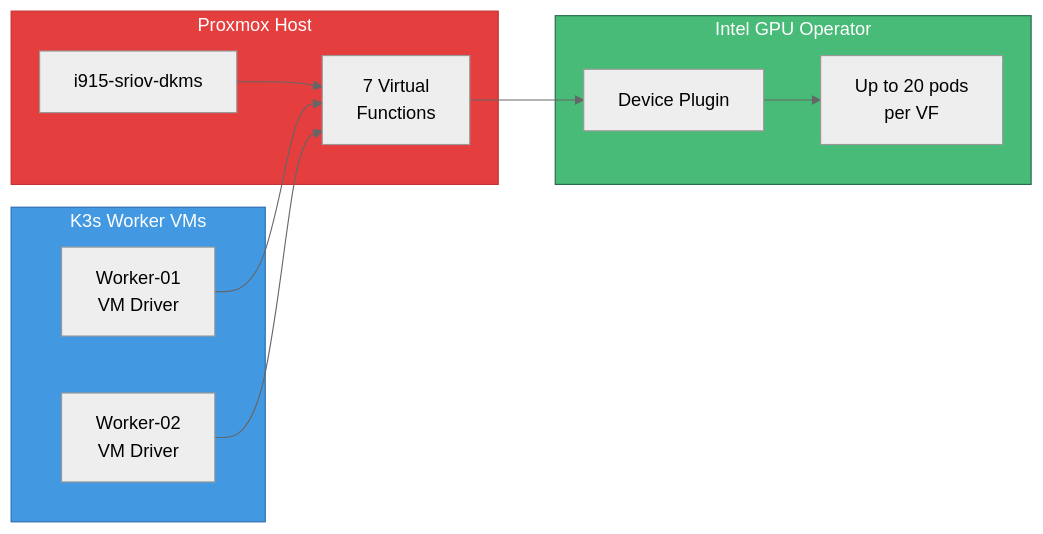
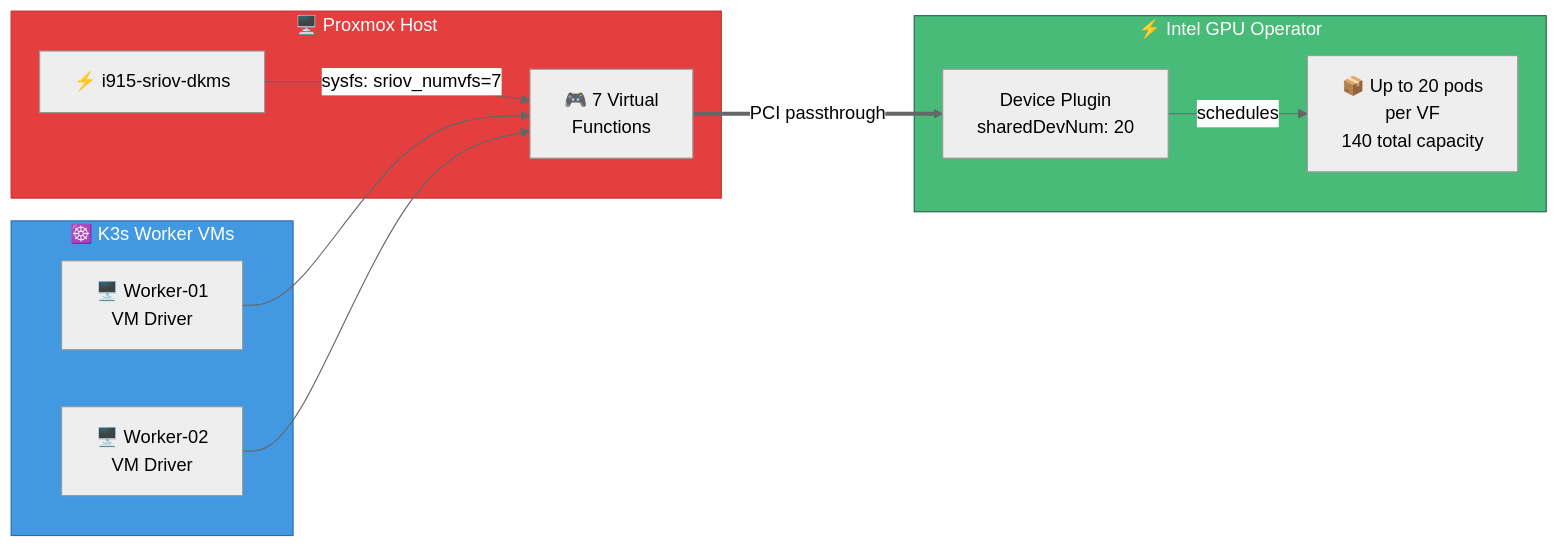
One commit to Starktastic-Homelab/ansible changed the seventh of 8 diagrams in README.md. Above: the diagram before and after it, drawn with Mermaid (neutral theme). The commit also changed other lines of this file, not shown here.

Commit message:
docs: upgrade Mermaid diagrams with emojis, new diagram types, and additional flows

````diff
--- a/README.md
+++ b/README.md
@@ -245,21 +338,21 @@
 ```mermaid
 flowchart LR
-    subgraph pve["Proxmox Host"]
-        Driver["i915-sriov-dkms"] --> VFs["7 Virtual\nFunctions"]
+    subgraph pve["🖥️ Proxmox Host"]
+        Driver["⚡ i915-sriov-dkms"] -- "sysfs: sriov_numvfs=7" --> VFs["🎮 7 Virtual\nFunctions"]
     end
 
-    subgraph vms["K3s Worker VMs"]
-        VM1["Worker-01\nVM Driver"] --> VFs
-        VM2["Worker-02\nVM Driver"] --> VFs
+    subgraph vms["☸️ K3s Worker VMs"]
+        VM1["🖥️ Worker-01\nVM Driver"] --> VFs
+        VM2["🖥️ Worker-02\nVM Driver"] --> VFs
     end
 
-    subgraph intel["Intel GPU Operator"]
-        Operator["Device Plugin"] --> Pods["Up to 20 pods\nper VF"]
+    subgraph intel["⚡ Intel GPU Operator"]
+        Operator["Device Plugin\nsharedDevNum: 20"] -- "schedules" --> Pods["📦 Up to 20 pods\nper VF\n140 total capacity"]
     end
 
-    VFs --> Operator
+    VFs == "PCI passthrough" ==> Operator
 
     style pve fill:#e53e3e,stroke:#c53030,color:#fff
     style vms fill:#4299e1,stroke:#2b6cb0,color:#fff
     style intel fill:#48bb78,stroke:#276749,color:#fff
 ```
````
